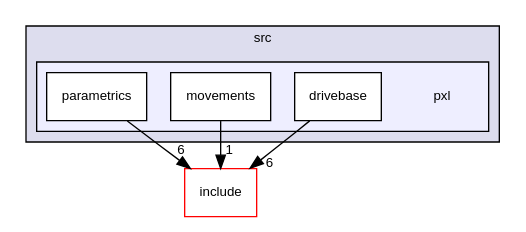
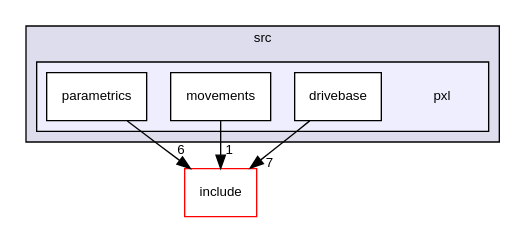
One commit to Pixel-Lib/Pixel changed the diagram in dir_87a857eff530ad659c1a04633acb58d5_dep.dot. Above: the diagram before and after it, drawn with Graphviz. The commit also changed 103 other files, not shown here.

```diff
--- a/dir_87a857eff530ad659c1a04633acb58d5_dep.dot
+++ b/dir_87a857eff530ad659c1a04633acb58d5_dep.dot
@@ -1,19 +1,19 @@
 digraph "src/pxl" {
   compound=true
   node [ fontsize="10", fontname="Helvetica"];
   edge [ labelfontsize="10", labelfontname="Helvetica"];
   subgraph clusterdir_68267d1309a1af8e8297ef4c3efbcdba {
     graph [ bgcolor="#ddddee", pencolor="black", label="src" fontname="Helvetica", fontsize="10", URL="dir_68267d1309a1af8e8297ef4c3efbcdba.html"]
   subgraph clusterdir_87a857eff530ad659c1a04633acb58d5 {
     graph [ bgcolor="#eeeeff", pencolor="black", label="" URL="dir_87a857eff530ad659c1a04633acb58d5.html"];
     dir_87a857eff530ad659c1a04633acb58d5 [shape=plaintext label="pxl"];
   dir_e919bc17ba6dd875156a1492c2b92224 [shape=box label="drivebase" fillcolor="white" style="filled" URL="dir_e919bc17ba6dd875156a1492c2b92224.html"];
   dir_da6b542a4b13fc055b1c444658d69961 [shape=box label="movements" fillcolor="white" style="filled" URL="dir_da6b542a4b13fc055b1c444658d69961.html"];
   dir_5268b233717f10508878cca84d25b979 [shape=box label="parametrics" fillcolor="white" style="filled" URL="dir_5268b233717f10508878cca84d25b979.html"];
   }
   }
   dir_d44c64559bbebec7f509842c48db8b23 [shape=box label="include" fillcolor="white" style="filled" color="red" URL="dir_d44c64559bbebec7f509842c48db8b23.html"];
   dir_da6b542a4b13fc055b1c444658d69961->dir_d44c64559bbebec7f509842c48db8b23 [headlabel="1", labeldistance=1.5 headhref="dir_000008_000000.html"];
   dir_5268b233717f10508878cca84d25b979->dir_d44c64559bbebec7f509842c48db8b23 [headlabel="6", labeldistance=1.5 headhref="dir_000009_000000.html"];
-  dir_e919bc17ba6dd875156a1492c2b92224->dir_d44c64559bbebec7f509842c48db8b23 [headlabel="6", labeldistance=1.5 headhref="dir_000007_000000.html"];
+  dir_e919bc17ba6dd875156a1492c2b92224->dir_d44c64559bbebec7f509842c48db8b23 [headlabel="7", labeldistance=1.5 headhref="dir_000007_000000.html"];
 }
```
